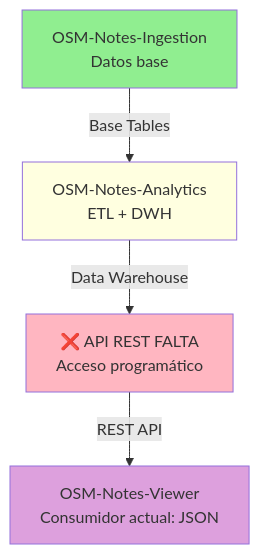
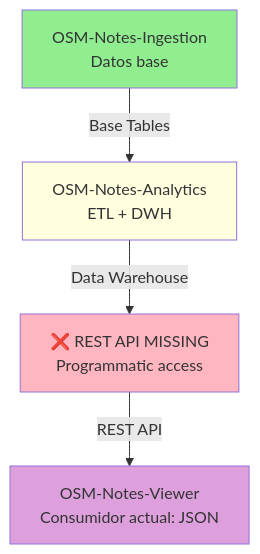
Before and after one commit to OSM-Notes/OSM-Notes-API: the first of 3 diagrams in docs/API_Proposal.md, drawn with Mermaid. The commit also changed other lines of this file, not shown here.

First line of the commit message:
feat(api): update API proposal document to English and enhance content

````diff
--- a/docs/API_Proposal.md
+++ b/docs/API_Proposal.md
@@ -174,19 +174,19 @@
 ```mermaid
 flowchart TD
     INGESTION[OSM-Notes-Ingestion<br/>Datos base]
     
     ANALYTICS[OSM-Notes-Analytics<br/>ETL + DWH]
     
-    MISSING[❌ API REST FALTA<br/>Acceso programático]
+    MISSING[❌ REST API MISSING<br/>Programmatic access]
     
     VIEWER[OSM-Notes-Viewer<br/>Consumidor actual: JSON]
     
     INGESTION -->|Base Tables| ANALYTICS
     ANALYTICS -->|Data Warehouse| MISSING
     MISSING -->|REST API| VIEWER
     
     style INGESTION fill:#90EE90
     style ANALYTICS fill:#FFFFE0
     style MISSING fill:#FFB6C1
     style VIEWER fill:#DDA0DD
 ```
````
